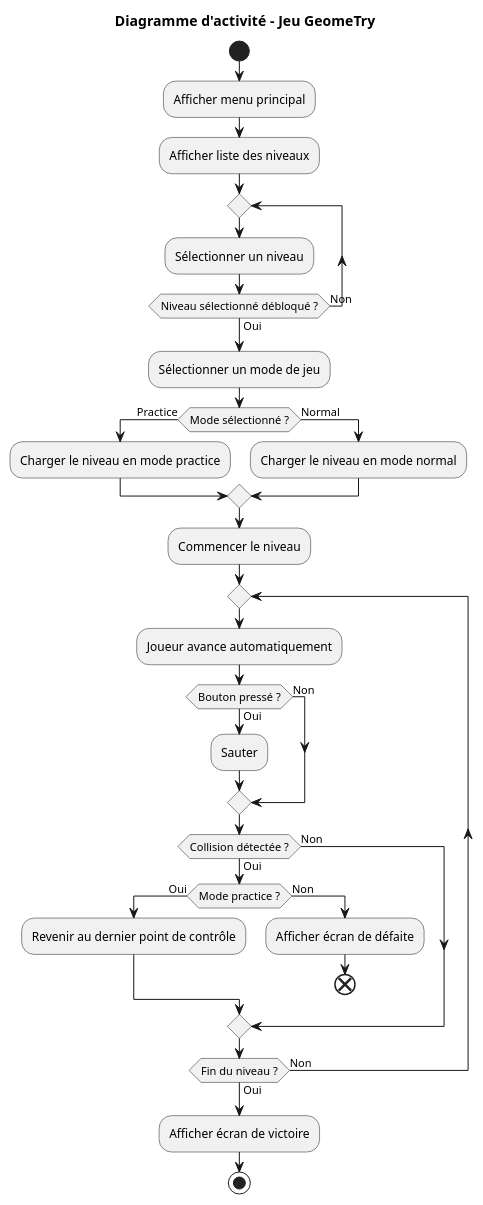
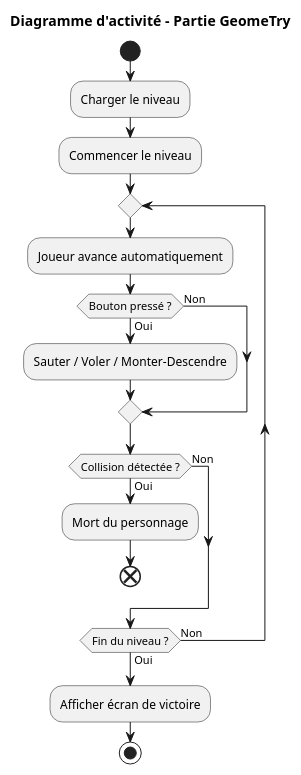
One commit to Christ0u/GeomeTry changed the diagram in Diagrams/Activity.puml. Above: the diagram before and after it, drawn with PlantUML. The commit also changed 1 other file, not shown here.

Commit message:
CHG : Mise à jour du diagramme d'activité et du diagramme de cas d'utilisation

```diff
--- a/Diagrams/Activity.puml
+++ b/Diagrams/Activity.puml
@@ -1,35 +1,24 @@
 @startuml
-title Diagramme d'activité - Jeu GeomeTry
+title Diagramme d'activité - Partie GeomeTry
 start
-:Afficher menu principal;
-:Afficher liste des niveaux;
+
+:Charger le niveau;
+:Commencer le niveau;
+
 repeat
-    :Sélectionner un niveau;
-repeat while (Niveau sélectionné débloqué ?) is (Non) not (Oui)
-    :Sélectionner un mode de jeu;
-    if (Mode sélectionné ?) then (Practice)
-        :Charger le niveau en mode practice;
-    else (Normal)
-        :Charger le niveau en mode normal;
+    :Joueur avance automatiquement;
+    if (Bouton pressé ?) then (Oui)
+        :Sauter / Voler / Monter-Descendre;
+    else (Non)
     endif
-    :Commencer le niveau;
-    repeat
-        :Joueur avance automatiquement;
-        if (Bouton pressé ?) then (Oui)
-            :Sauter;
-        else (Non)
-        endif
 
-        if (Collision détectée ?) then (Oui)
-            if (Mode practice ?) then (Oui)
-                :Revenir au dernier point de contrôle;
-            else (Non)
-                :Afficher écran de défaite;
-                end
-            endif
-        else (Non)
-        endif
-    repeat while (Fin du niveau ?) is (Non) not (Oui)
-    :Afficher écran de victoire;
+    if (Collision détectée ?) then (Oui)
+        :Mort du personnage;
+        end;
+    else (Non)
+    endif
+repeat while (Fin du niveau ?) is (Non) not (Oui)
+
+:Afficher écran de victoire;
 stop
 @enduml
```
